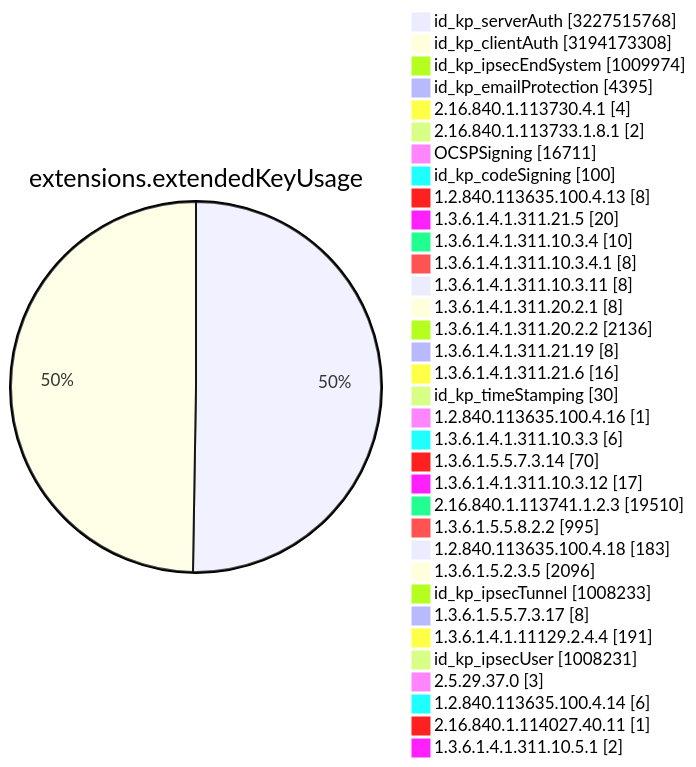
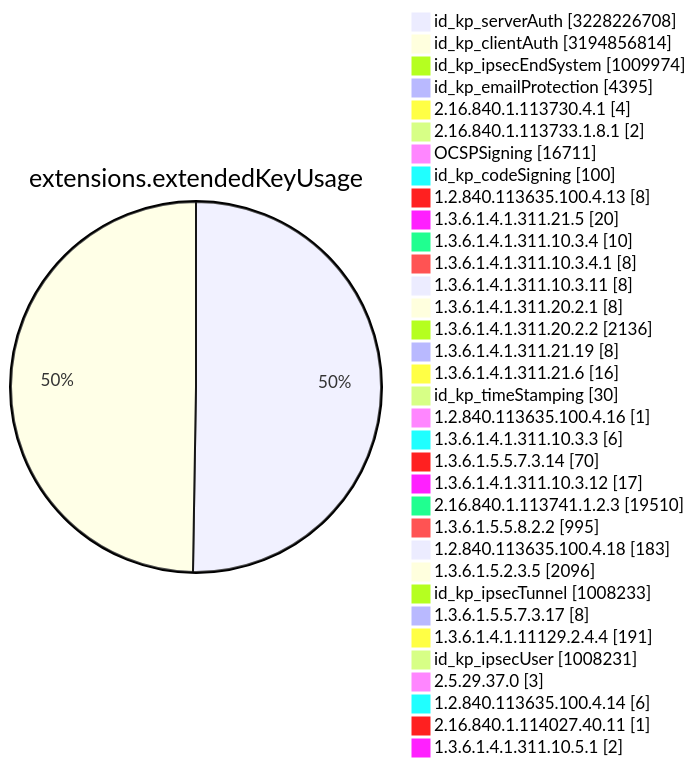
One commit to christiankrug/ctmonitor_visualization changed diagram 11 of 15 in TOTAL/README.md. Above: the diagram before and after it, drawn with Mermaid. The commit also changed other lines of this file, not shown here.

````diff
--- a/TOTAL/README.md
+++ b/TOTAL/README.md
@@ -4119,38 +4119,38 @@
 ```mermaid
 pie showData
 title extensions.extendedKeyUsage
-"id_kp_serverAuth" :3227515768
-"id_kp_clientAuth" :3194173308
+"id_kp_serverAuth" :3228226708
+"id_kp_clientAuth" :3194856814
 "id_kp_ipsecEndSystem" :1009974
 "id_kp_emailProtection" :4395
 "2.16.840.1.113730.4.1" :4
 "2.16.840.1.113733.1.8.1" :2
 "OCSPSigning" :16711
 "id_kp_codeSigning" :100
 "1.2.840.113635.100.4.13" :8
 "1.3.6.1.4.1.311.21.5" :20
 "1.3.6.1.4.1.311.10.3.4" :10
 "1.3.6.1.4.1.311.10.3.4.1" :8
 "1.3.6.1.4.1.311.10.3.11" :8
 "1.3.6.1.4.1.311.20.2.1" :8
 "1.3.6.1.4.1.311.20.2.2" :2136
 "1.3.6.1.4.1.311.21.19" :8
 "1.3.6.1.4.1.311.21.6" :16
 "id_kp_timeStamping" :30
 "1.2.840.113635.100.4.16" :1
 "1.3.6.1.4.1.311.10.3.3" :6
 "1.3.6.1.5.5.7.3.14" :70
 "1.3.6.1.4.1.311.10.3.12" :17
 "2.16.840.1.113741.1.2.3" :19510
 "1.3.6.1.5.5.8.2.2" :995
 "1.2.840.113635.100.4.18" :183
 "1.3.6.1.5.2.3.5" :2096
 "id_kp_ipsecTunnel" :1008233
 "1.3.6.1.5.5.7.3.17" :8
 "1.3.6.1.4.1.11129.2.4.4" :191
 "id_kp_ipsecUser" :1008231
 "2.5.29.37.0" :3
 "1.2.840.113635.100.4.14" :6
 "2.16.840.1.114027.40.11" :1
 "1.3.6.1.4.1.311.10.5.1" :2
 ```
````
